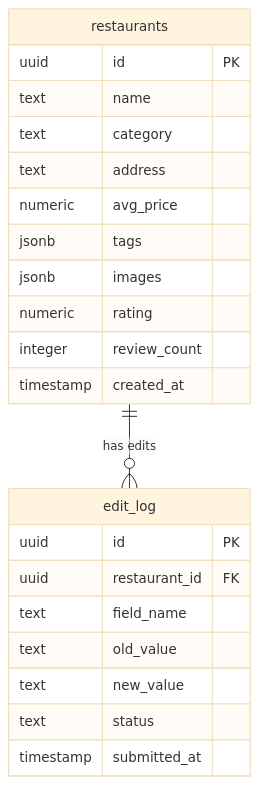
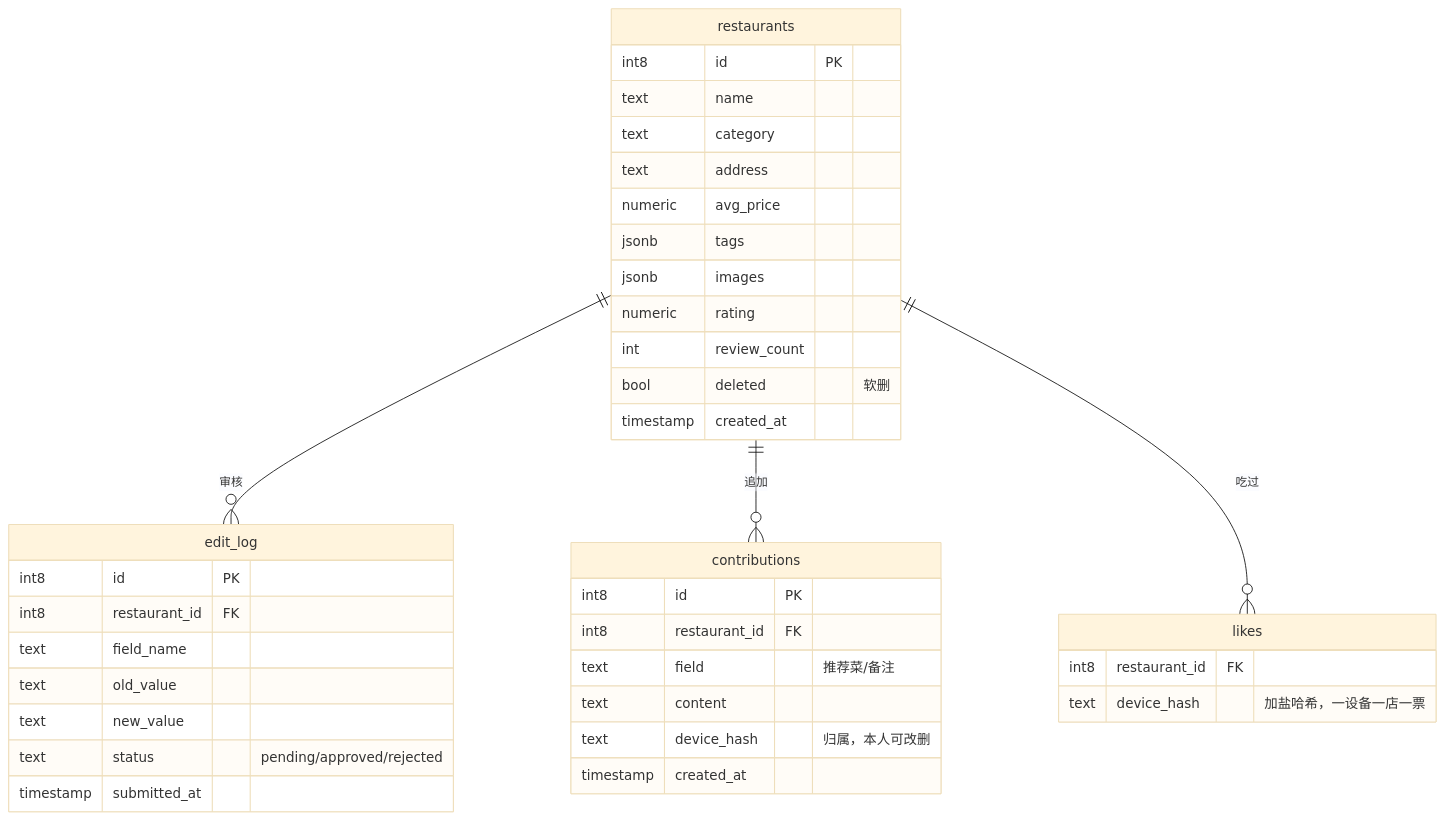
The second of 2 diagrams in README.md (voidleap-dev/xiaozhong-dianping-arch), drawn with Mermaid (base theme) before and after one commit. The commit also changed other lines of this file, not shown here.

````diff
--- a/README.md
+++ b/README.md
@@ -121,27 +130,40 @@
 ```mermaid
 erDiagram
     restaurants {
-        uuid id PK
+        int8 id PK
         text name
         text category
         text address
         numeric avg_price
         jsonb tags
         jsonb images
         numeric rating
-        integer review_count
+        int review_count
+        bool deleted "软删"
         timestamp created_at
     }
-    
     edit_log {
-        uuid id PK
-        uuid restaurant_id FK
+        int8 id PK
+        int8 restaurant_id FK
         text field_name
         text old_value
         text new_value
-        text status
+        text status "pending/approved/rejected"
         timestamp submitted_at
     }
-    
-    restaurants ||--o{ edit_log : "has edits"
+    contributions {
+        int8 id PK
+        int8 restaurant_id FK
+        text field "推荐菜/备注"
+        text content
+        text device_hash "归属，本人可改删"
+        timestamp created_at
+    }
+    likes {
+        int8 restaurant_id FK
+        text device_hash "加盐哈希，一设备一店一票"
+    }
+    restaurants ||--o{ edit_log : "审核"
+    restaurants ||--o{ contributions : "追加"
+    restaurants ||--o{ likes : "吃过"
 ```
````
